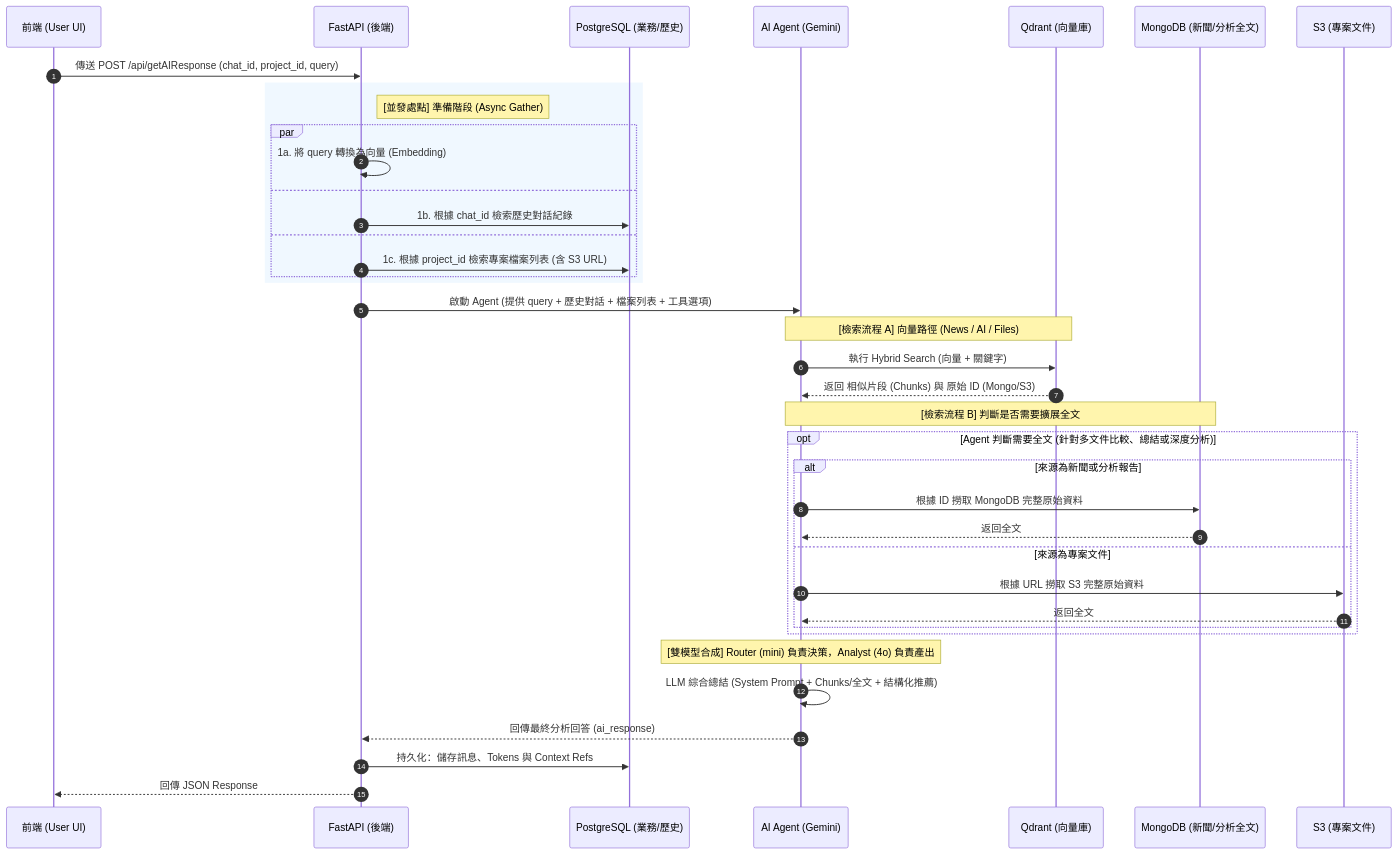
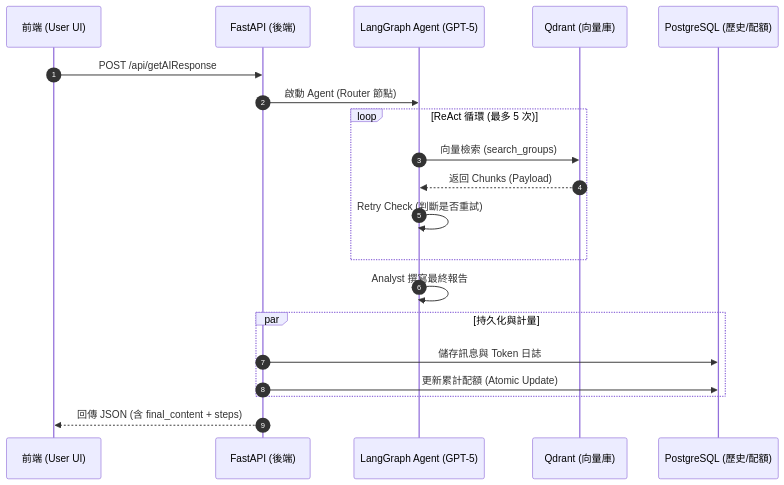
One commit to WilliamTsai1227/Stock-Insight-Chat changed the diagram in specifications/api_spec.md. Above: the diagram before and after it, drawn with Mermaid. The commit also changed other lines of this file and 10 other files, not shown here.

````diff
--- a/specifications/api_spec.md
+++ b/specifications/api_spec.md
@@ -121,48 +86,28 @@
 ```mermaid
 sequenceDiagram
     autonumber
     participant FE as 前端 (User UI)
     participant BE as FastAPI (後端)
-    participant PG as PostgreSQL (業務/歷史)
-    participant AG as AI Agent (Gemini)
+    participant AG as LangGraph Agent (GPT-5)
     participant QD as Qdrant (向量庫)
-    participant MG as MongoDB (新聞/分析全文)
-    participant S3 as S3 (專案文件)
+    participant PG as PostgreSQL (歷史/配額)
 
-    FE->>BE: 傳送 POST /api/getAIResponse (chat_id, project_id, query)
-
-    rect rgb(240, 248, 255)
-    Note right of BE: [並發處點] 準備階段 (Async Gather)
-    par 
-        BE->>BE: 1a. 將 query 轉換為向量 (Embedding)
-    and
-        BE->>PG: 1b. 根據 chat_id 檢索歷史對話紀錄
-    and
-        BE->>PG: 1c. 根據 project_id 檢索專案檔案列表 (含 S3 URL)
+    FE->>BE: POST /api/getAIResponse
+    
+    BE->>AG: 啟動 Agent (Router 節點)
+    
+    loop ReAct 循環 (最多 5 次)
+        AG->>QD: 向量檢索 (search_groups)
+        QD-->>AG: 返回 Chunks (Payload)
+        AG->>AG: Retry Check (判斷是否重試)
     end
+    
+    AG->>AG: Analyst 撰寫最終報告
+    
+    par 持久化與計量
+        BE->>PG: 儲存訊息與 Token 日誌
+        BE->>PG: 更新累計配額 (Atomic Update)
     end
 
-    BE->>AG: 啟動 Agent (提供 query + 歷史對話 + 檔案列表 + 工具選項)
-    
-    Note over AG, QD: [檢索流程 A] 向量路徑 (News / AI / Files)
-    AG->>QD: 執行 Hybrid Search (向量 + 關鍵字)
-    QD-->>AG: 返回 相似片段 (Chunks) 與 原始 ID (Mongo/S3)
-    
-    Note over AG, MG: [檢索流程 B] 判斷是否需要擴展全文
-    opt Agent 判斷需要全文 (針對多文件比較、總結或深度分析)
-        alt 來源為新聞或分析報告
-            AG->>MG: 根據 ID 撈取 MongoDB 完整原始資料
-            MG-->>AG: 返回全文
-        else 來源為專案文件
-            AG->>S3: 根據 URL 撈取 S3 完整原始資料
-            S3-->>AG: 返回全文
-        end
-    end
-
-    Note over AG: [雙模型合成] Router (mini) 負責決策，Analyst (4o) 負責產出
-    AG->>AG: LLM 綜合總結 (System Prompt + Chunks/全文 + 結構化推薦)
-    AG-->>BE: 回傳最終分析回答 (ai_response)
-    
-    BE->>PG: 持久化：儲存訊息、Tokens 與 Context Refs
-    BE-->>FE: 回傳 JSON Response
+    BE-->>FE: 回傳 JSON (含 final_content + steps)
 ```
````
